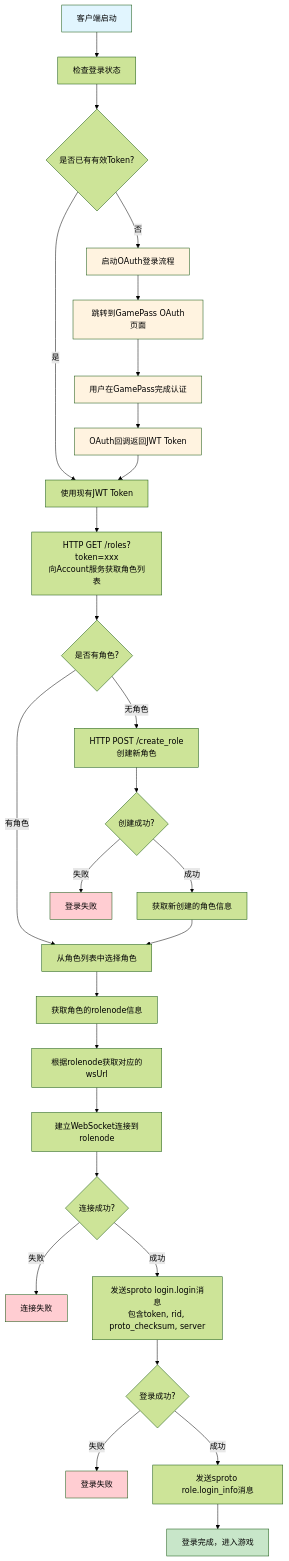
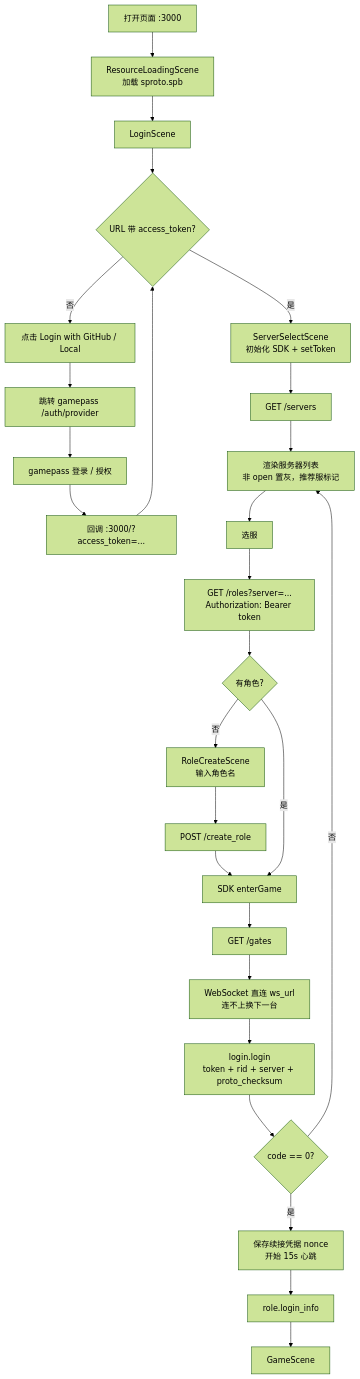
One commit to hanxi/phaser-game changed the first of 5 diagrams in login_flow_diagram.md. Above: the diagram before and after it, drawn with Mermaid (forest theme). The commit also changed other lines of this file and 14 other files, not shown here.

````diff
--- a/login_flow_diagram.md
+++ b/login_flow_diagram.md
@@ -12,49 +14,29 @@
 ```mermaid
 flowchart TD
-    A[客户端启动] --> B[检查登录状态]
-    B --> C{是否已有有效Token?}
-    
-    C -->|否| D[启动OAuth登录流程]
-    C -->|是| H[使用现有JWT Token]
-    
-    D --> E[跳转到GamePass OAuth页面]
-    E --> F[用户在GamePass完成认证]
-    F --> G[OAuth回调返回JWT Token]
-    G --> H
-    
-    H --> I[HTTP GET /roles?token=xxx<br/>向Account服务获取角色列表]
-    
-    I --> J{是否有角色?}
-    
-    J -->|有角色| K[从角色列表中选择角色]
-    J -->|无角色| L[HTTP POST /create_role<br/>创建新角色]
-    
-    L --> M{创建成功?}
-    M -->|成功| N[获取新创建的角色信息]
-    M -->|失败| O[登录失败]
-    
-    N --> K
-    K --> P[获取角色的rolenode信息]
-    P --> Q[根据rolenode获取对应的wsUrl]
-    Q --> R[建立WebSocket连接到rolenode]
-    
-    R --> S{连接成功?}
-    S -->|失败| T[连接失败]
-    S -->|成功| U[发送sproto login.login消息<br/>包含token, rid, proto_checksum, server]
-    
-    U --> V{登录成功?}
-    V -->|失败| W[登录失败]
-    V -->|成功| X[发送sproto role.login_info消息]
-    
-    X --> Y[登录完成，进入游戏]
-    
-    style A fill:#e1f5fe
-    style Y fill:#c8e6c9
-    style O fill:#ffcdd2
-    style T fill:#ffcdd2
-    style W fill:#ffcdd2
-    style D fill:#fff3e0
-    style E fill:#fff3e0
-    style F fill:#fff3e0
-    style G fill:#fff3e0
+    A[打开页面 :3000] --> B[ResourceLoadingScene<br/>加载 sproto.spb]
+    B --> C[LoginScene]
+    C --> D{URL 带 access_token?}
+    D -->|否| E[点击 Login with GitHub / Local]
+    E --> F[跳转 gamepass /auth/provider]
+    F --> G[gamepass 登录 / 授权]
+    G --> H[回调 :3000/?access_token=...]
+    H --> D
+    D -->|是| I[ServerSelectScene<br/>初始化 SDK + setToken]
+    I --> J[GET /servers]
+    J --> K[渲染服务器列表<br/>非 open 置灰，推荐服标记]
+    K --> L[选服]
+    L --> M[GET /roles?server=...<br/>Authorization: Bearer token]
+    M --> N{有角色?}
+    N -->|否| O[RoleCreateScene<br/>输入角色名]
+    O --> P[POST /create_role]
+    P --> Q
+    N -->|是| Q[SDK enterGame]
+    Q --> R[GET /gates]
+    R --> S[WebSocket 直连 ws_url<br/>连不上换下一台]
+    S --> T[login.login<br/>token + rid + server + proto_checksum]
+    T --> U{code == 0?}
+    U -->|否| K
+    U -->|是| V[保存续接凭据 nonce<br/>开始 15s 心跳]
+    V --> W[role.login_info]
+    W --> X[GameScene]
 ```
````
